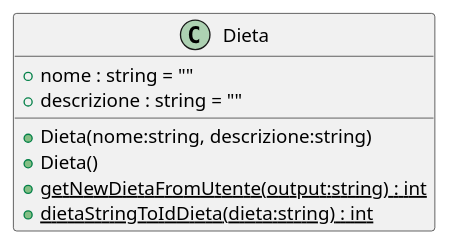
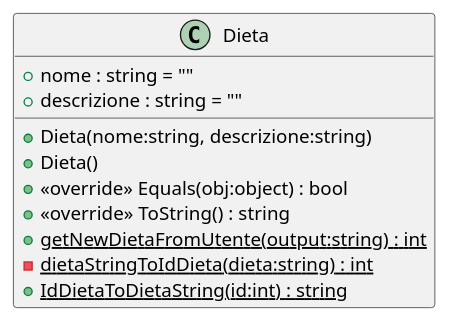
The diagram in doc/plantUml senza associazioni/Dieta.puml (zSavT/Healthy-Catering), drawn with PlantUML before and after one commit. The commit also changed 26 other files, not shown here.

Commit message:
aggiornati uml (anche immagini)

```diff
--- a/doc/plantUml senza associazioni/Dieta.puml
+++ b/doc/plantUml senza associazioni/Dieta.puml
@@ -1,10 +1,13 @@
 @startuml
 class Dieta {
     + nome : string = ""
     + descrizione : string = ""
     + Dieta(nome:string, descrizione:string)
     + Dieta()
+    + <<override>> Equals(obj:object) : bool
+    + <<override>> ToString() : string
     + {static} getNewDietaFromUtente(output:string) : int
-    + {static} dietaStringToIdDieta(dieta:string) : int
+    - {static} dietaStringToIdDieta(dieta:string) : int
+    + {static} IdDietaToDietaString(id:int) : string
 }
 @enduml
```
